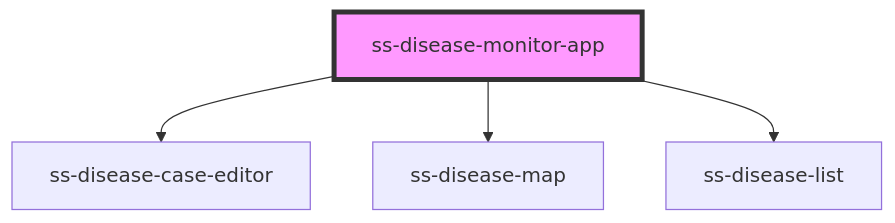
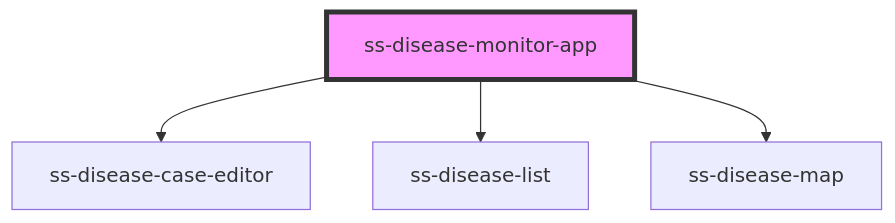
One commit to smoleniak/disease-monitor changed the diagram in src/components/ss-disease-monitor-app/readme.md. Above: the diagram before and after it, drawn with Mermaid. The commit also changed other lines of this file and 26 other files, not shown here.

````diff
--- a/src/components/ss-disease-monitor-app/readme.md
+++ b/src/components/ss-disease-monitor-app/readme.md
@@ -24,7 +27,7 @@
 ```mermaid
 graph TD;
   ss-disease-monitor-app --> ss-disease-case-editor
+  ss-disease-monitor-app --> ss-disease-list
   ss-disease-monitor-app --> ss-disease-map
-  ss-disease-monitor-app --> ss-disease-list
   style ss-disease-monitor-app fill:#f9f,stroke:#333,stroke-width:4px
 ```
````
